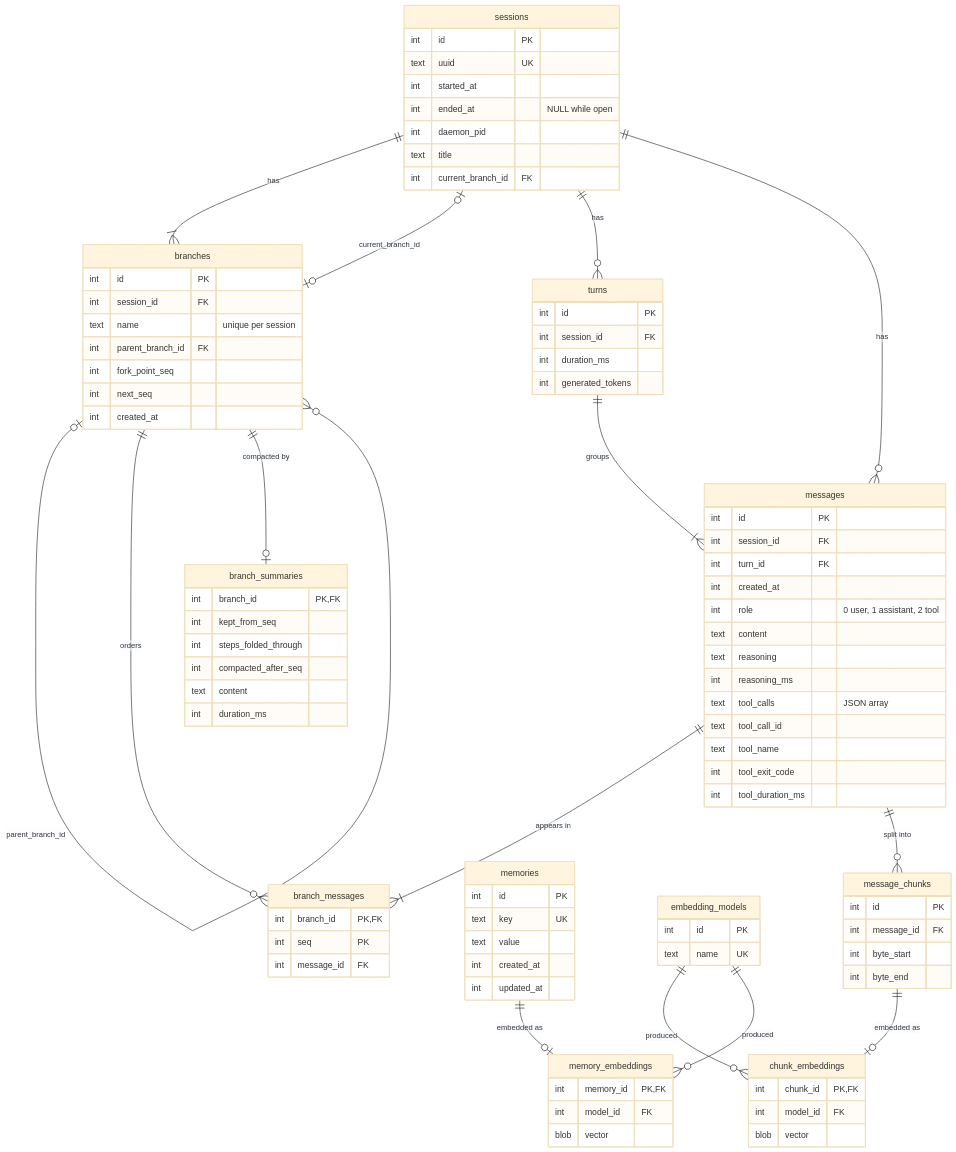
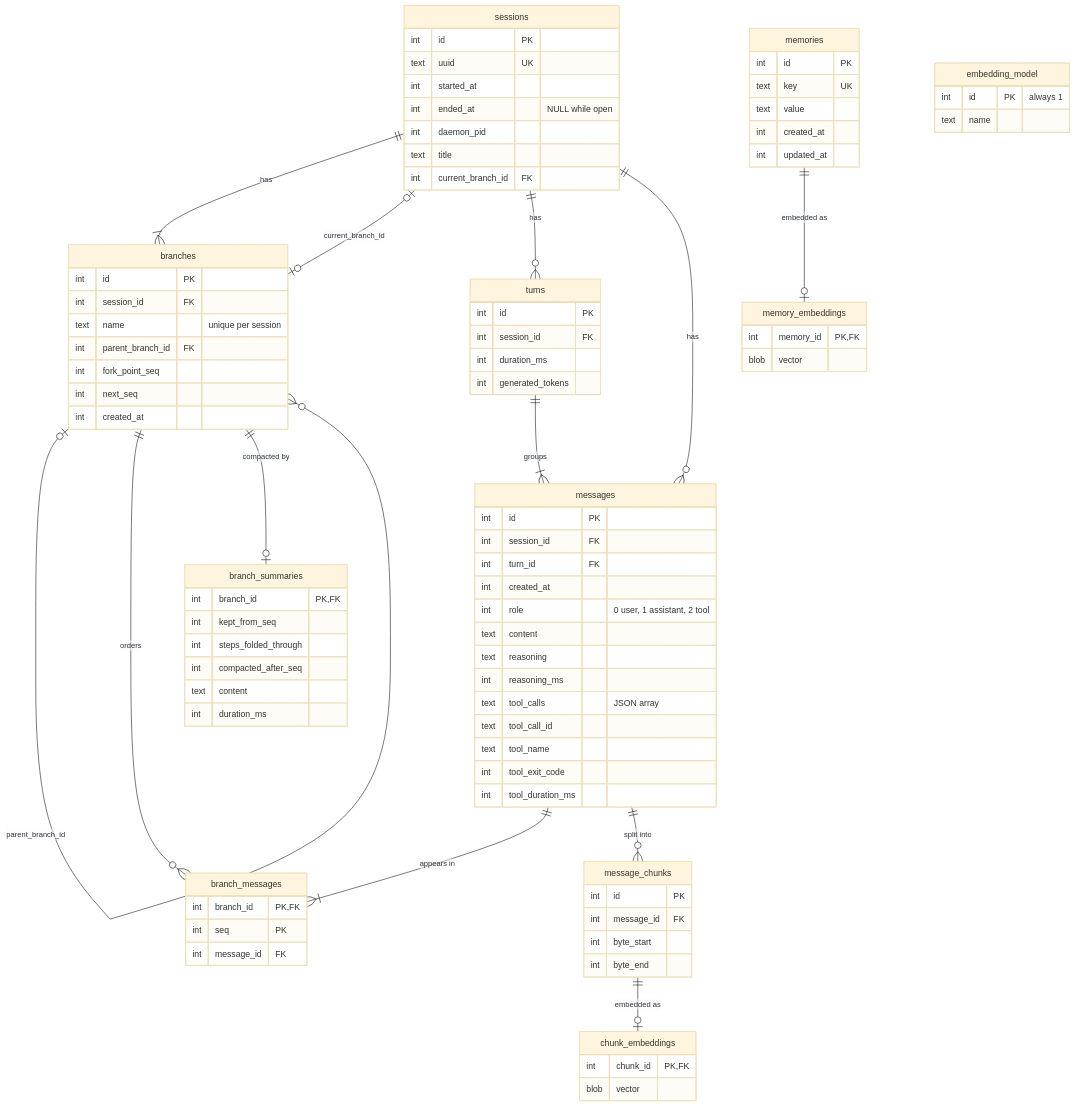
One commit to gnolruf/assistd changed the diagram in docs/database.md. Above: the diagram before and after it, drawn with Mermaid (base theme). The commit also changed other lines of this file and 11 other files, not shown here.

First line of the commit message:
Track the embedding model once per database

````diff
--- a/docs/database.md
+++ b/docs/database.md
@@ -20,8 +20,6 @@
     messages ||--o{ message_chunks : "split into"
     message_chunks ||--o| chunk_embeddings : "embedded as"
     memories ||--o| memory_embeddings : "embedded as"
-    embedding_models ||--o{ chunk_embeddings : "produced"
-    embedding_models ||--o{ memory_embeddings : "produced"
 
     sessions {
         int id PK
@@ -88,18 +86,16 @@
         int byte_start
         int byte_end
     }
-    embedding_models {
-        int id PK
-        text name UK
+    embedding_model {
+        int id PK "always 1"
+        text name
     }
     chunk_embeddings {
         int chunk_id PK, FK
-        int model_id FK
         blob vector
     }
     memory_embeddings {
         int memory_id PK, FK
-        int model_id FK
         blob vector
     }
 ```
````
